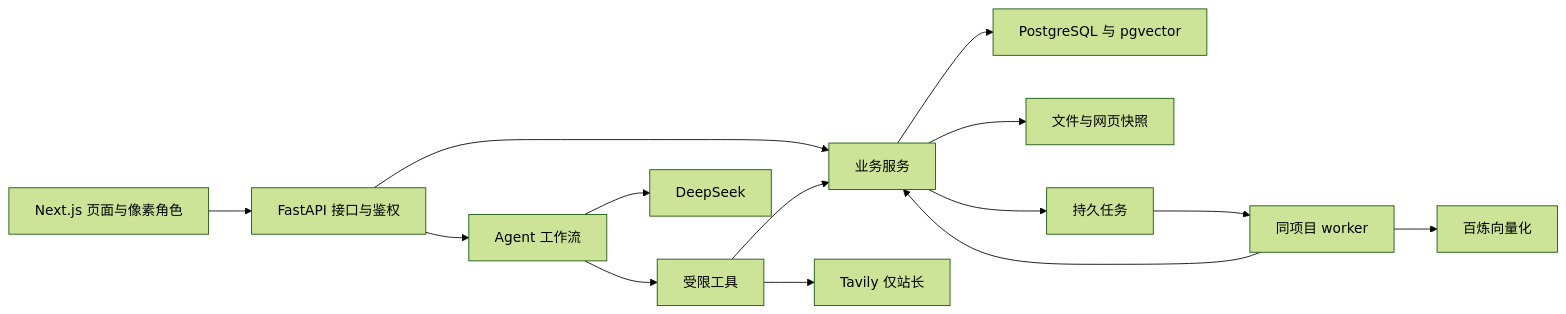
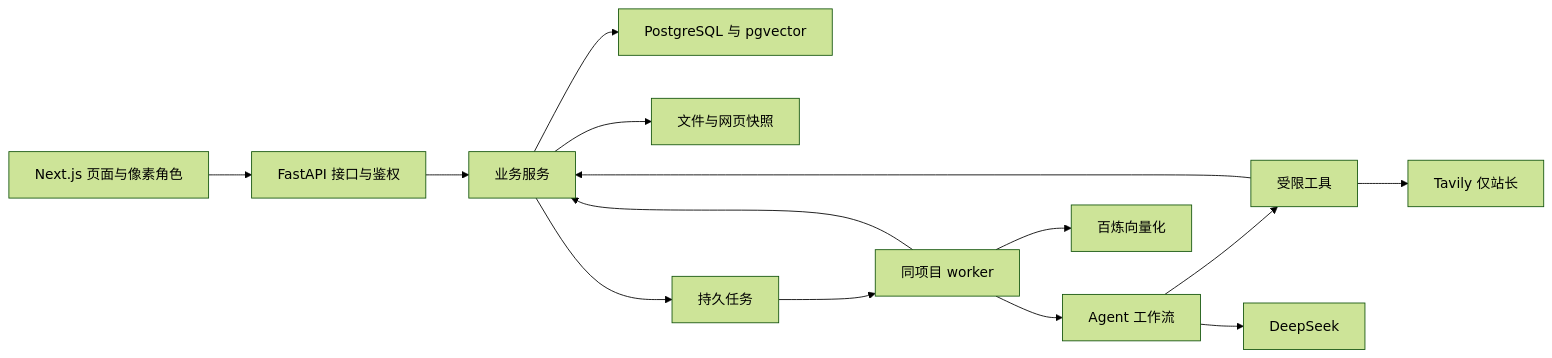
The diagram in docs/architecture/README.md (mosterakie/autumn-prelude), drawn with Mermaid (forest theme) before and after one commit. The commit also changed other lines of this file and 36 other files, not shown here.

````diff
--- a/docs/architecture/README.md
+++ b/docs/architecture/README.md
@@ -43,16 +43,16 @@
 ```mermaid
 flowchart LR
   UI["Next.js 页面与像素角色"] --> API["FastAPI 接口与鉴权"]
   API --> SVC["业务服务"]
-  API --> AGENT["Agent 工作流"]
+  WORKER --> AGENT["Agent 工作流"]
   AGENT --> TOOLS["受限工具"]
   TOOLS --> SVC
   SVC --> PG["PostgreSQL 与 pgvector"]
   SVC --> STORE["文件与网页快照"]
   SVC --> JOBS["持久任务"]
   JOBS --> WORKER["同项目 worker"]
   WORKER --> SVC
   AGENT --> MODEL["DeepSeek"]
   WORKER --> EMBED["百炼向量化"]
   TOOLS --> SEARCH["Tavily 仅站长"]
 ```
````
